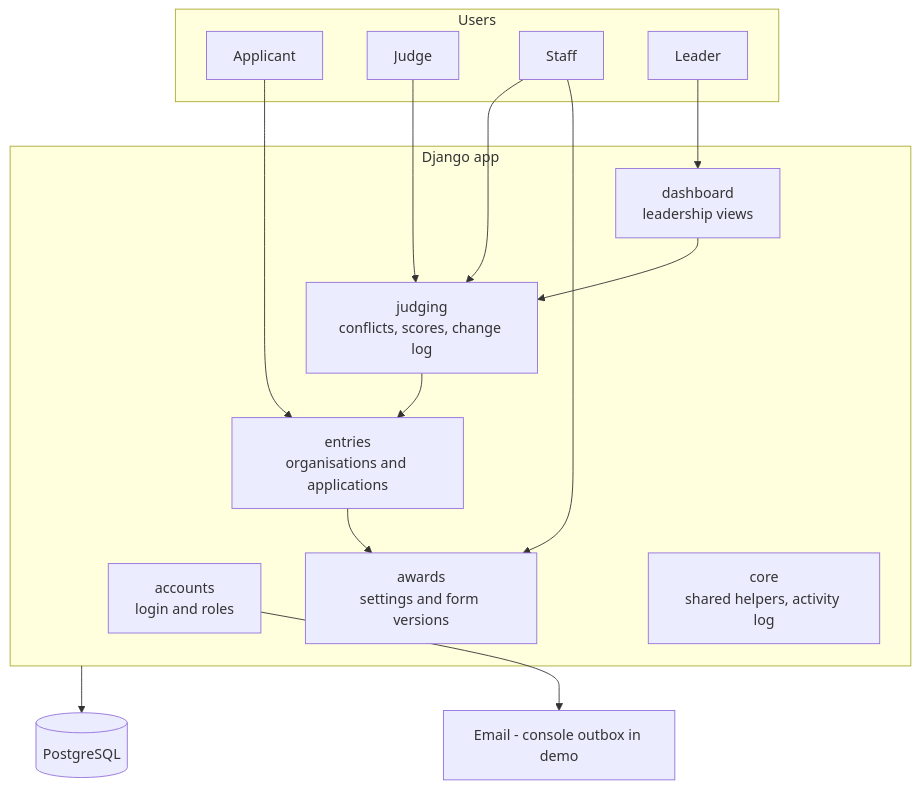
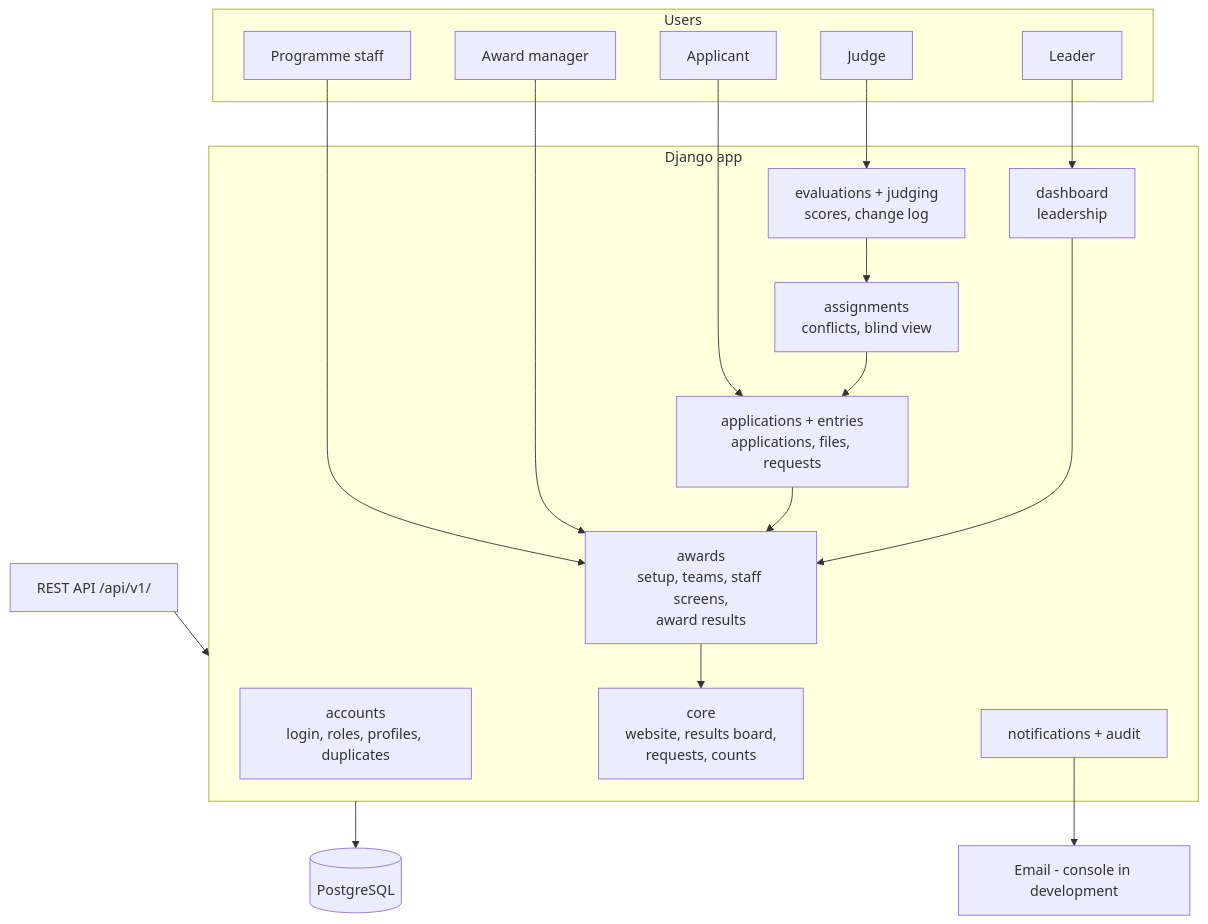
The diagram in docs/Architecture.md (shashankgusain2-glitch/AwardApplication), drawn with Mermaid before and after one commit. The commit also changed other lines of this file and 13 other files, not shown here.

First line of the commit message:
Docs: roadmaps, timeline and role docs match the app

````diff
--- a/docs/Architecture.md
+++ b/docs/Architecture.md
@@ -117,32 +105,39 @@
 ```mermaid
 flowchart TB
     subgraph Users
         AP[Applicant]
         JU[Judge]
-        ST[Staff]
+        ST[Programme staff]
+        MG[Award manager]
         LE[Leader]
     end
 
     subgraph Django[Django app]
-        ACC[accounts<br/>login and roles]
-        AW[awards<br/>settings and form versions]
-        EN[entries<br/>organisations and applications]
-        JD[judging<br/>conflicts, scores, change log]
-        DB2[dashboard<br/>leadership views]
-        CO[core<br/>shared helpers, activity log]
+        ACC[accounts<br/>login, roles, profiles, duplicates]
+        AW[awards<br/>setup, teams, staff screens,<br/>award results]
+        APP[applications + entries<br/>applications, files, requests]
+        ASG[assignments<br/>conflicts, blind view]
+        EV[evaluations + judging<br/>scores, change log]
+        DB2[dashboard<br/>leadership]
+        CO[core<br/>website, results board,<br/>requests, counts]
+        NT[notifications + audit]
     end
 
     PG[(PostgreSQL)]
-    MAIL[Email - console outbox in demo]
+    MAIL[Email - console in development]
+    API[REST API /api/v1/]
 
-    AP --> EN
-    JU --> JD
+    AP --> APP
+    JU --> EV
     ST --> AW
-    ST --> JD
+    MG --> AW
     LE --> DB2
-    EN --> AW
-    JD --> EN
-    DB2 --> JD
+    APP --> AW
+    ASG --> APP
+    EV --> ASG
+    AW --> CO
+    DB2 --> AW
     Django --> PG
-    ACC --> MAIL
+    NT --> MAIL
+    API --> Django
 ```
````
